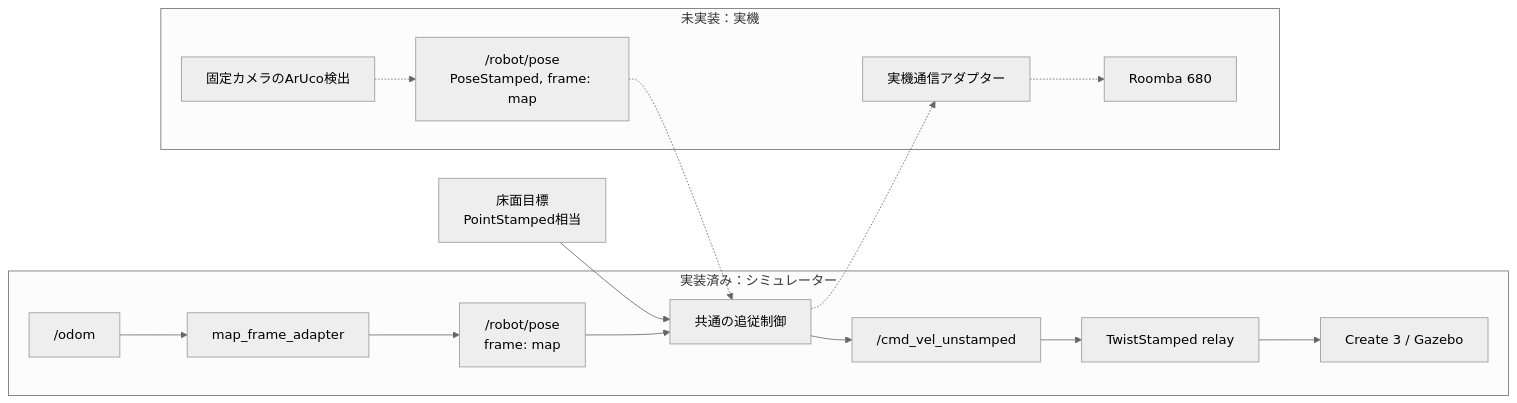
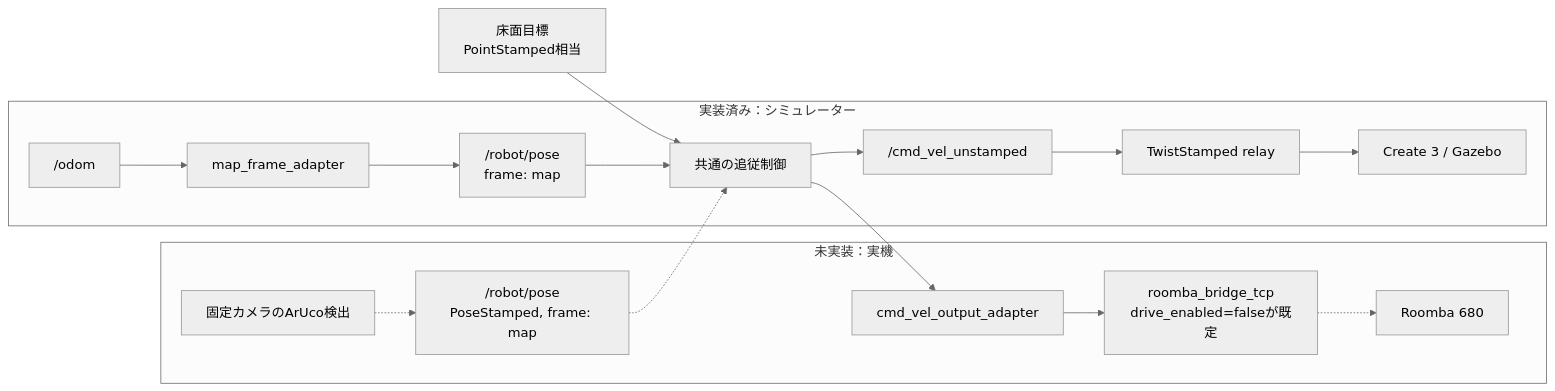
Before and after one commit to nagipan777/robot-1: the third of 3 diagrams in ARCHITECTURE.md, drawn with Mermaid (neutral theme). The commit also changed other lines of this file and 38 other files, not shown here.

Commit message:
Integrate YOLO navigation with safe Roomba output

````diff
--- a/ARCHITECTURE.md
+++ b/ARCHITECTURE.md
@@ -182,20 +183,21 @@
 ```mermaid
 flowchart LR
     target["床面目標<br/>PointStamped相当"] --> controller["共通の追従制御"]
 
     subgraph simulation["実装済み：シミュレーター"]
         odom["/odom"] --> frames["map_frame_adapter"]
         frames --> pose_sim["/robot/pose<br/>frame: map"]
         pose_sim --> controller
         controller --> unstamped["/cmd_vel_unstamped"]
         unstamped --> relay["TwistStamped relay"]
         relay --> gazebo["Create 3 / Gazebo"]
     end
 
     subgraph hardware["未実装：実機"]
         aruco["固定カメラのArUco検出"] -.-> pose["/robot/pose<br/>PoseStamped, frame: map"]
         pose -.-> controller
-        controller -.-> adapter["実機通信アダプター"]
-        adapter -.-> roomba["Roomba 680"]
+        controller --> adapter["cmd_vel_output_adapter"]
+        adapter --> bridge["roomba_bridge_tcp<br/>drive_enabled=falseが既定"]
+        bridge -.-> roomba["Roomba 680"]
     end
 ```
````
